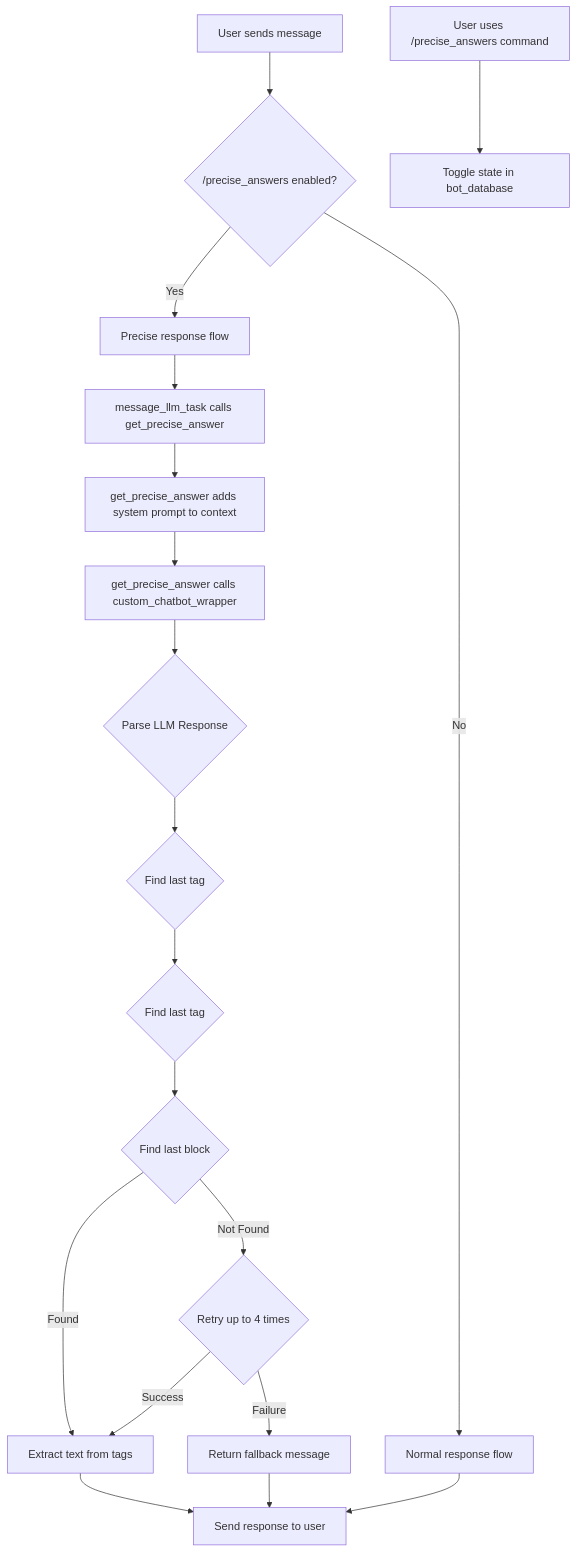
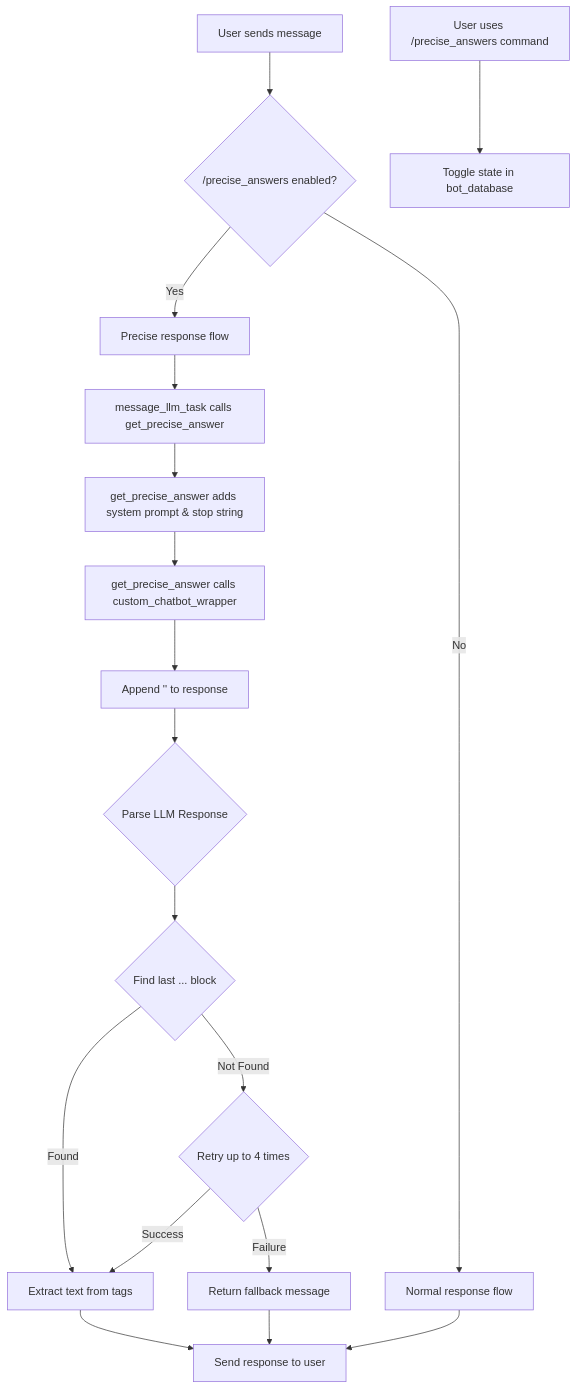
Before and after one commit to ETomberg391/ad_discordbot: the diagram in precise_chat_plan.md, drawn with Mermaid. The commit also changed other lines of this file and 1 other file, not shown here.

Commit message:
Enhance get_precise_answer function to manage stopping strings and improve response parsing

````diff
--- a/precise_chat_plan.md
+++ b/precise_chat_plan.md
@@ -116,22 +116,21 @@
 ```mermaid
 graph TD
     A[User sends message] --> B{/precise_answers enabled?};
     B -- No --> C[Normal response flow];
     B -- Yes --> D[Precise response flow];
     D --> E[message_llm_task calls get_precise_answer];
-    E --> F[get_precise_answer adds system prompt to context];
+    E --> F[get_precise_answer adds system prompt & stop string];
     F --> G[get_precise_answer calls custom_chatbot_wrapper];
-    G --> H{Parse LLM Response};
-    H --> I{Find last </think> tag};
-    I --> J{Find last </thinking> tag};
-    J --> K{Find last <chatting> block};
-    K -- Found --> L[Extract text from tags];
-    K -- Not Found --> M{Retry up to 4 times};
-    M -- Success --> L;
-    M -- Failure --> O[Return fallback message];
-    L --> P[Send response to user];
-    O --> P;
-    C --> P;
+    G --> H[Append '</chatting>' to response];
+    H --> I{Parse LLM Response};
+    I --> J{Find last <chatting>...</chatting> block};
+    J -- Found --> K[Extract text from tags];
+    J -- Not Found --> L{Retry up to 4 times};
+    L -- Success --> K;
+    L -- Failure --> M[Return fallback message];
+    K --> N[Send response to user];
+    M --> N;
+    C --> N;
 
-    Q[User uses /precise_answers command] --> R[Toggle state in bot_database];
+    O[User uses /precise_answers command] --> P[Toggle state in bot_database];
 ```
````
